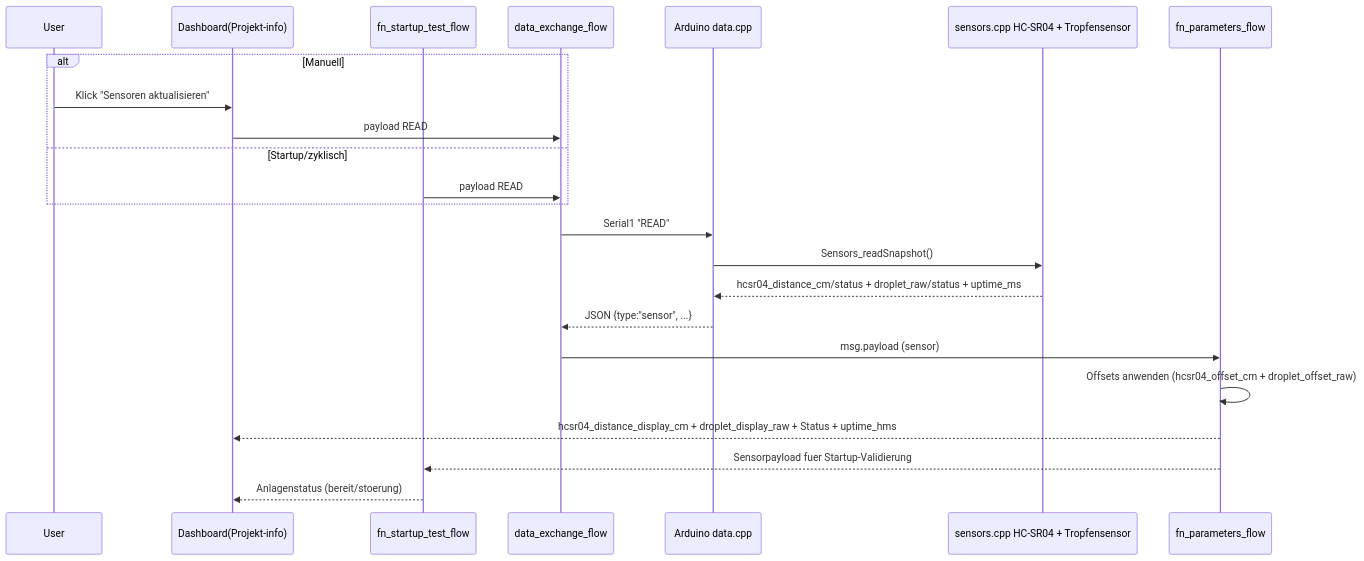
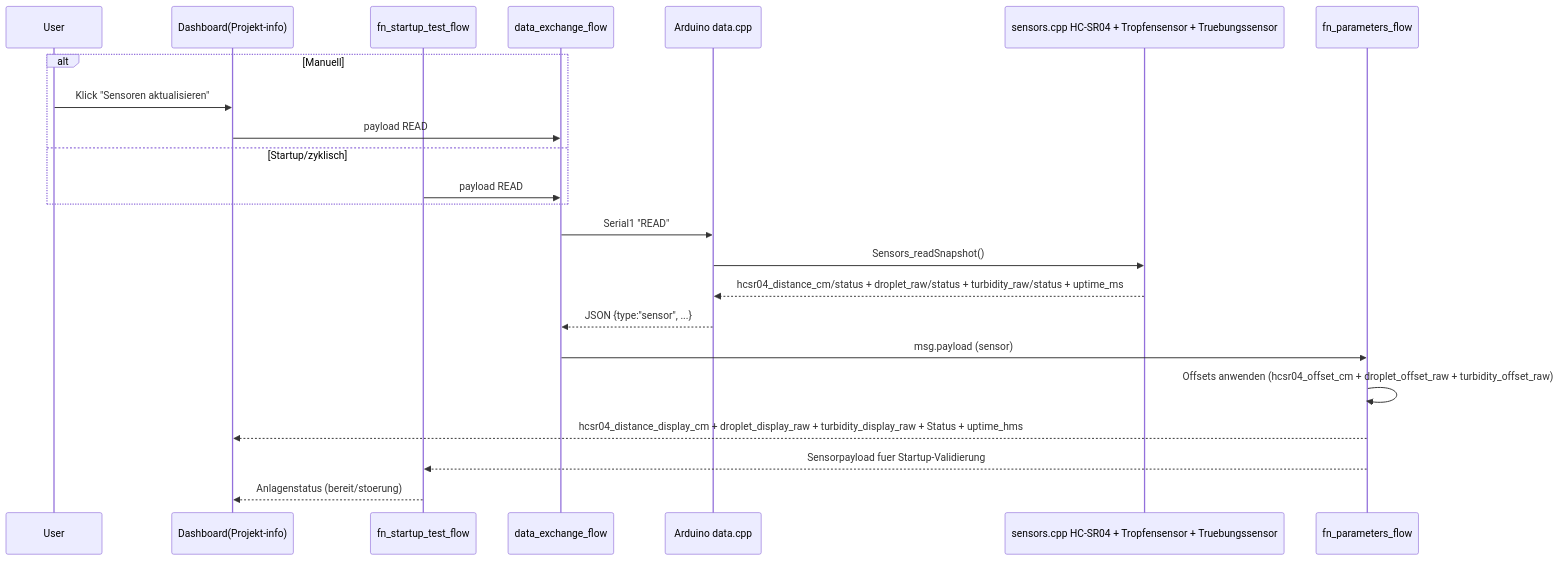
One commit to HerrnDK/Projekt changed the fourth of 13 diagrams in nodered/flows/FLOW_ARCHITEKTUR_PLAN.md. Above: the diagram before and after it, drawn with Mermaid. The commit also changed other lines of this file and 12 other files, not shown here.

````diff
--- a/nodered/flows/FLOW_ARCHITEKTUR_PLAN.md
+++ b/nodered/flows/FLOW_ARCHITEKTUR_PLAN.md
@@ -100,27 +100,27 @@
 ```mermaid
 sequenceDiagram
   participant U as User
   participant D as Dashboard(Projekt-info)
   participant ST as fn_startup_test_flow
   participant X as data_exchange_flow
   participant A as Arduino data.cpp
-  participant S as sensors.cpp HC-SR04 + Tropfensensor
+  participant S as sensors.cpp HC-SR04 + Tropfensensor + Truebungssensor
   participant P as fn_parameters_flow
 
   alt Manuell
     U->>D: Klick "Sensoren aktualisieren"
     D->>X: payload READ
   else Startup/zyklisch
     ST->>X: payload READ
   end
 
   X->>A: Serial1 "READ"
   A->>S: Sensors_readSnapshot()
-  S-->>A: hcsr04_distance_cm/status + droplet_raw/status + uptime_ms
+  S-->>A: hcsr04_distance_cm/status + droplet_raw/status + turbidity_raw/status + uptime_ms
   A-->>X: JSON {type:"sensor", ...}
   X->>P: msg.payload (sensor)
-  P->>P: Offsets anwenden (hcsr04_offset_cm + droplet_offset_raw)
-  P-->>D: hcsr04_distance_display_cm + droplet_display_raw + Status + uptime_hms
+  P->>P: Offsets anwenden (hcsr04_offset_cm + droplet_offset_raw + turbidity_offset_raw)
+  P-->>D: hcsr04_distance_display_cm + droplet_display_raw + turbidity_display_raw + Status + uptime_hms
   P-->>ST: Sensorpayload fuer Startup-Validierung
   ST-->>D: Anlagenstatus (bereit/stoerung)
 ```
````
